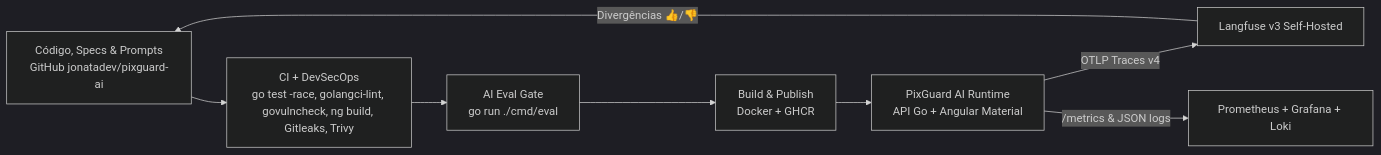
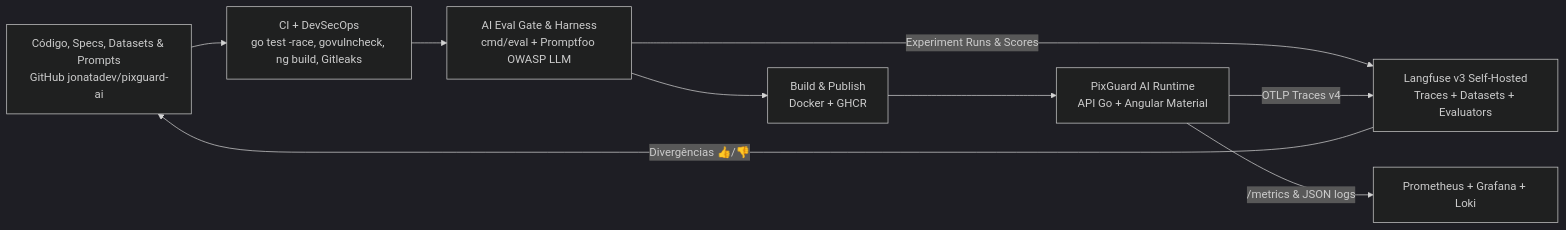
Before and after one commit to jonatadev/pixguard-ai: the diagram in specs/004-llmops-eval-and-observability.md, drawn with Mermaid (dark theme). The commit also changed other lines of this file and 1 other file, not shown here.

Commit message:
docs(specs): specify Eval & Red-Team Harness, Langfuse datasets, and CI gate

````diff
--- a/specs/004-llmops-eval-and-observability.md
+++ b/specs/004-llmops-eval-and-observability.md
@@ -11,10 +11,11 @@
 ```mermaid
 flowchart LR
-    DEV[Código, Specs & Prompts<br/>GitHub jonatadev/pixguard-ai] --> CI[CI + DevSecOps<br/>go test -race, golangci-lint, govulncheck, ng build, Gitleaks, Trivy]
-    CI --> EVAL[AI Eval Gate<br/>go run ./cmd/eval]
+    DEV[Código, Specs, Datasets & Prompts<br/>GitHub jonatadev/pixguard-ai] --> CI[CI + DevSecOps<br/>go test -race, govulncheck, ng build, Gitleaks]
+    CI --> EVAL[AI Eval Gate & Harness<br/>cmd/eval + Promptfoo OWASP LLM]
+    EVAL -->|Experiment Runs & Scores| LF[Langfuse v3 Self-Hosted<br/>Traces + Datasets + Evaluators]
     EVAL --> CD[Build & Publish<br/>Docker + GHCR]
     CD --> PROD[PixGuard AI Runtime<br/>API Go + Angular Material]
-    PROD -->|OTLP Traces v4| LF[Langfuse v3 Self-Hosted]
+    PROD -->|OTLP Traces v4| LF
     PROD -->|/metrics & JSON logs| MON[Prometheus + Grafana + Loki]
     LF -->|Divergências 👍/👎| DEV
 ```
````
